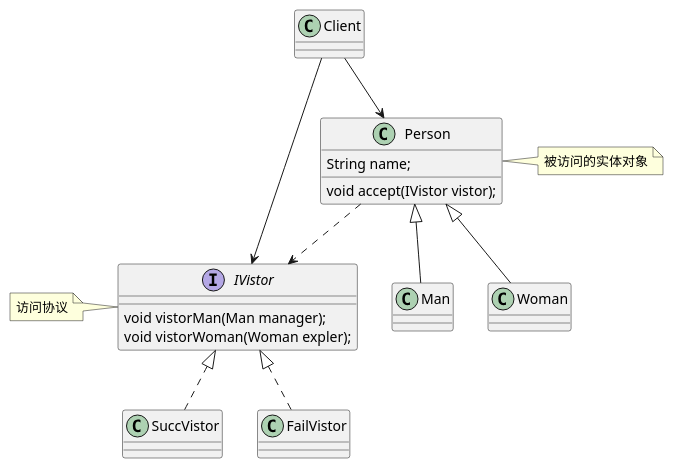
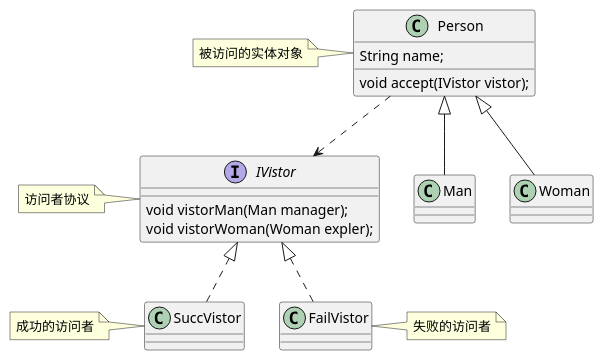
The diagram in lib_design_pattern/src/main/java/com/mxdl/desigin/pattern/behavior/vistor/vistor.puml (mxdldev/java-design-pattern), drawn with PlantUML before and after one commit. The commit also changed 11 other files, not shown here.

```diff
--- a/lib_design_pattern/src/main/java/com/mxdl/desigin/pattern/behavior/vistor/vistor.puml
+++ b/lib_design_pattern/src/main/java/com/mxdl/desigin/pattern/behavior/vistor/vistor.puml
@@ -1,27 +1,28 @@
 @startuml
 interface IVistor{
     void vistorMan(Man manager);
     void vistorWoman(Woman expler);
 }
-note left:访问协议
-class SuccVistor implements IVistor{
-}
-class FailVistor implements IVistor{
-}
+note left:访问者协议
+
+class SuccVistor
+note left:成功的访问者
+class SuccVistor implements IVistor
+
+class FailVistor
+note right:失败的访问者
+class FailVistor implements IVistor
+
 class Person{
     String name;
     void accept(IVistor vistor);
 }
-note right:被访问的实体对象
+note left:被访问的实体对象
 
 class Man extends Person{
 }
 class Woman extends Person{
 }
 Person -.> IVistor
-'IVistor -.> Man
-'IVistor -.> Woman
-class Client
-Client --> IVistor
-Client --> Person
+
 @enduml
```
